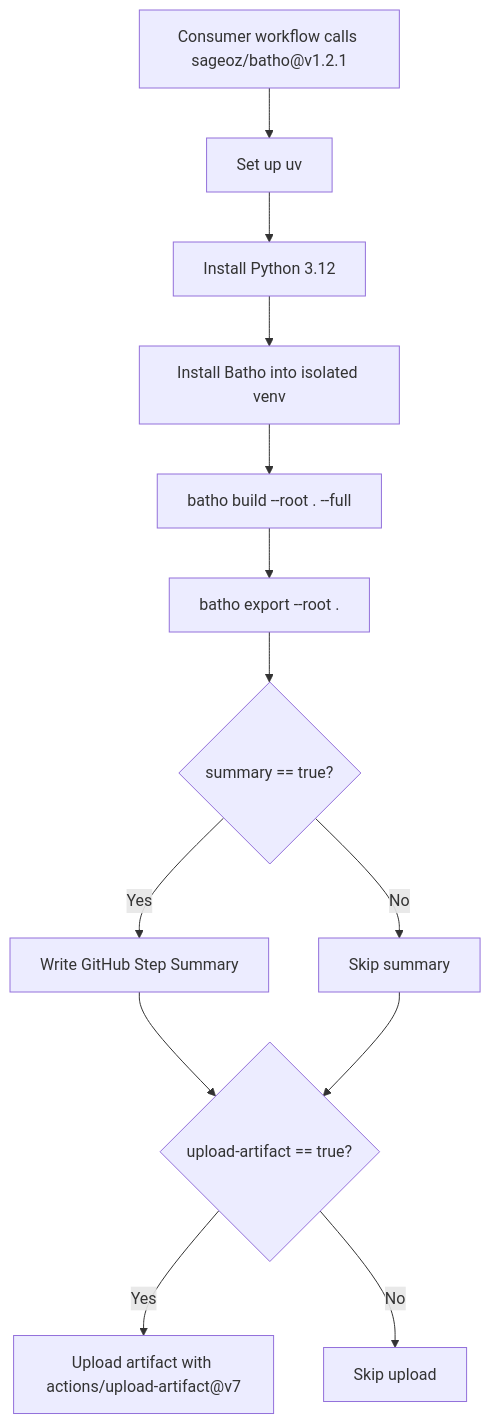
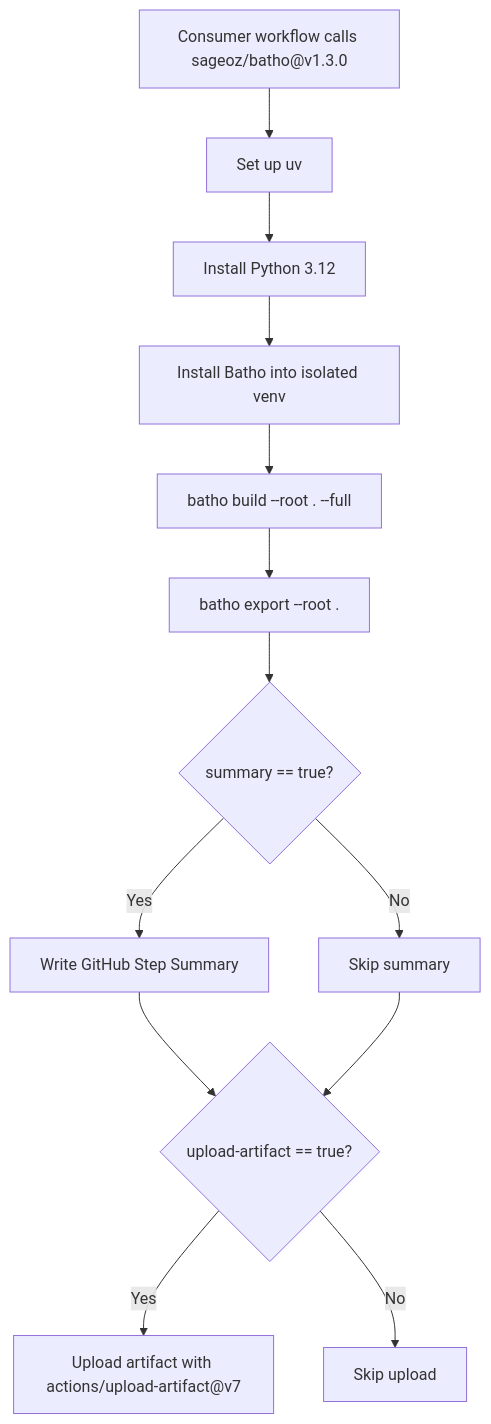
The diagram in docs-site/docs/cicd/composite-action.md (sageoz/Batho), drawn with Mermaid before and after one commit. The commit also changed other lines of this file and 22 other files, not shown here.

````diff
--- a/docs-site/docs/cicd/composite-action.md
+++ b/docs-site/docs/cicd/composite-action.md
@@ -7,15 +7,15 @@
 ```mermaid
 flowchart TD
-    A["Consumer workflow calls sageoz/batho@v1.2.1"] --> B["Set up uv"]
+    A["Consumer workflow calls sageoz/batho@v1.3.0"] --> B["Set up uv"]
     B --> C["Install Python 3.12"]
     C --> D["Install Batho into isolated venv"]
     D --> E["batho build --root . --full"]
     E --> F["batho export --root ."]
     F --> G{"summary == true?"}
     G -- Yes --> H["Write GitHub Step Summary"]
     G -- No --> I["Skip summary"]
     H --> J{"upload-artifact == true?"}
     I --> J
     J -- Yes --> K["Upload artifact with actions/upload-artifact@v7"]
     J -- No --> L["Skip upload"]
 ```
````
